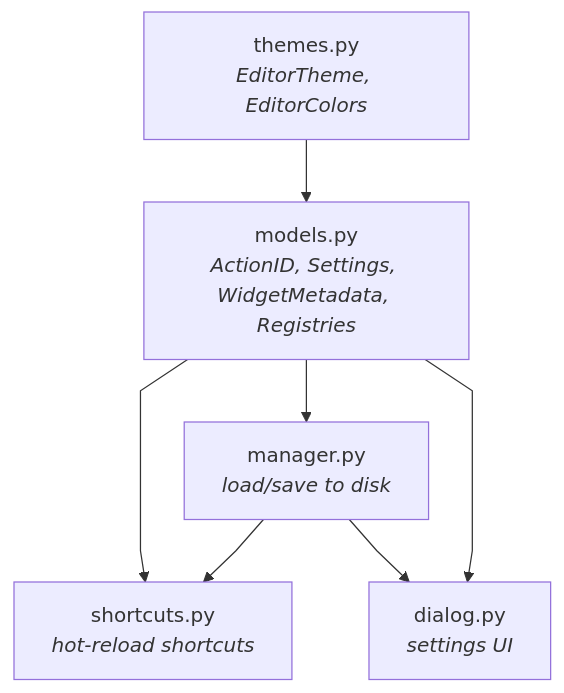
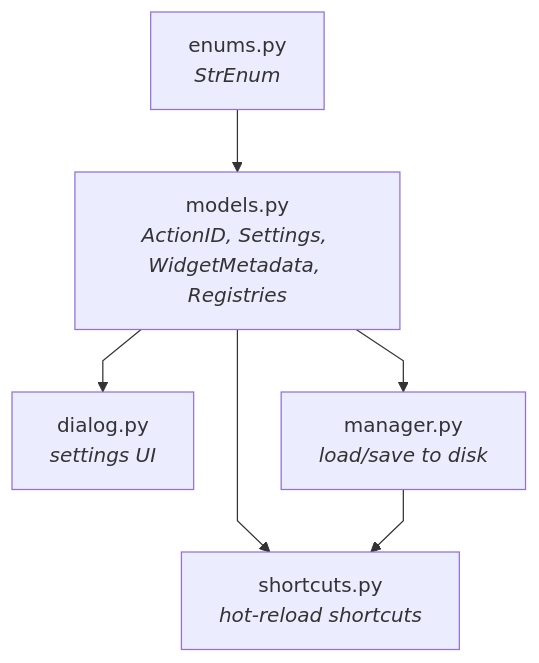
Before and after one commit to Jaded-Encoding-Thaumaturgy/vs-view: the diagram in src/vsview/app/settings/README.md, drawn with Mermaid. The commit also changed other lines of this file, not shown here.

Commit message:
settings: update readme

````diff
--- a/src/vsview/app/settings/README.md
+++ b/src/vsview/app/settings/README.md
@@ -83,16 +76,15 @@
 ```mermaid
 %%{ init: { 'flowchart': { 'curve': 'linear' } } }%%
 flowchart TD
-    themes["themes.py<br/><i>EditorTheme, EditorColors</i>"]
+    dialog["dialog.py<br/><i>settings UI</i>"]
+    enums["enums.py<br/><i>StrEnum</i>"]
     models["models.py<br/><i>ActionID, Settings, WidgetMetadata, Registries</i>"]
     manager["manager.py<br/><i>load/save to disk</i>"]
     shortcuts["shortcuts.py<br/><i>hot-reload shortcuts</i>"]
-    dialog["dialog.py<br/><i>settings UI</i>"]
 
-    themes --> models
+    enums --> models
+    models --> shortcuts
     models --> manager
-    models --> shortcuts
+    models --> dialog
     manager --> shortcuts
-    manager --> dialog
-    models --> dialog
 ```
````
